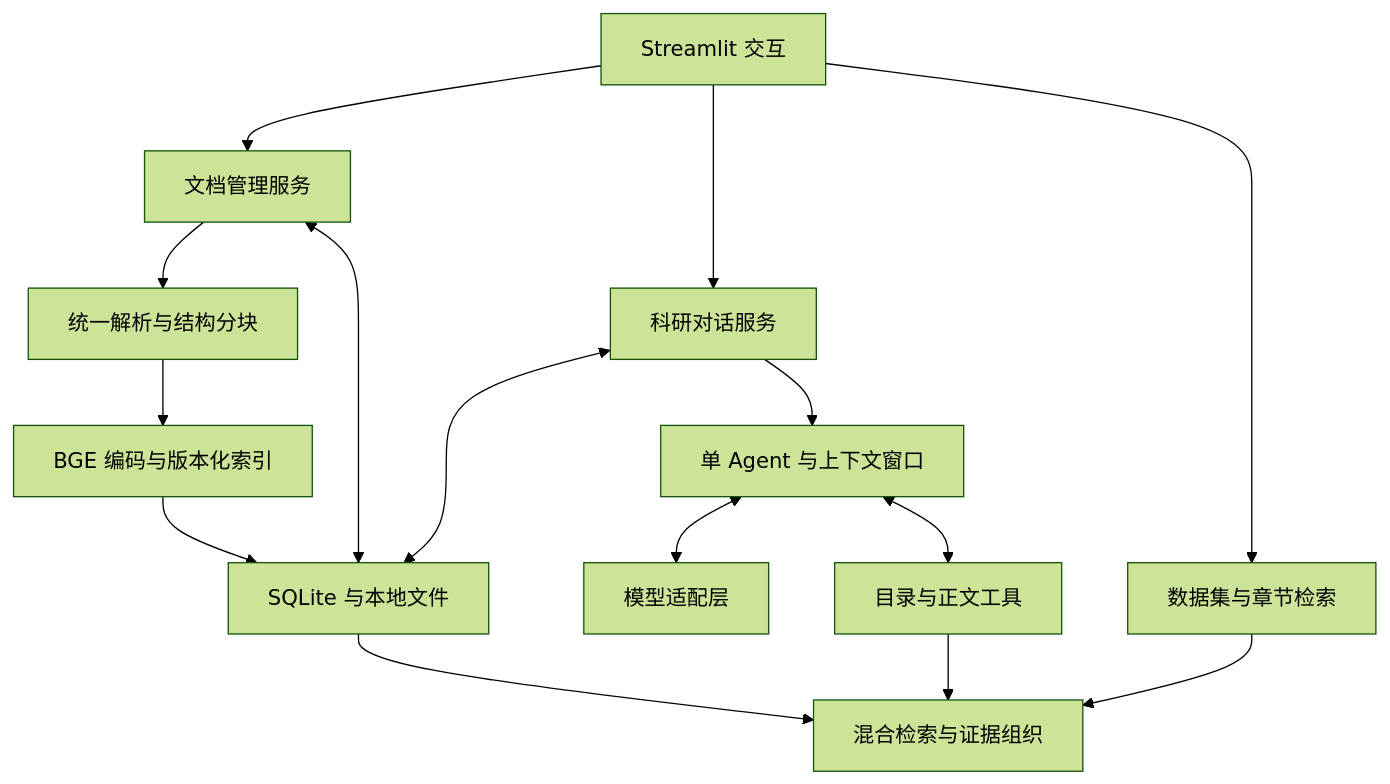
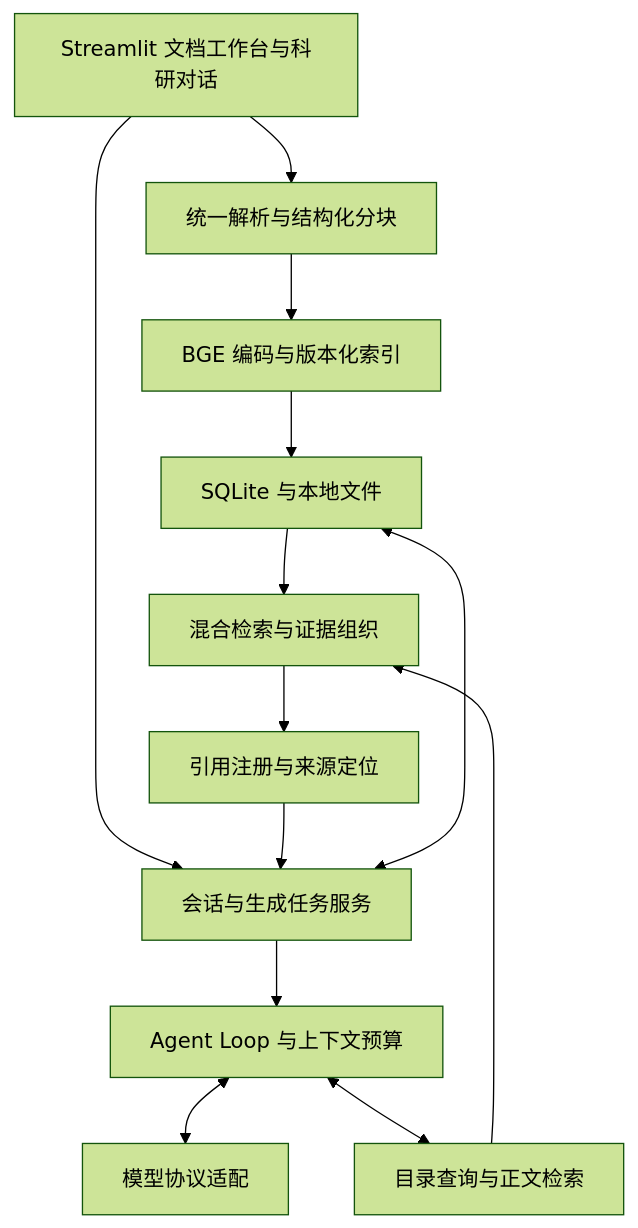
The diagram in README.md (cldw1/research-rag-agent), drawn with Mermaid (forest theme) before and after one commit. The commit also changed other lines of this file and 116 other files, not shown here.

````diff
--- a/README.md
+++ b/README.md
@@ -31,17 +30,15 @@
 ```mermaid
 flowchart TD
-    UI["Streamlit 交互"] --> DOC["文档管理服务"]
-    UI --> CHAT["科研对话服务"]
-    UI --> EXP["数据集与章节检索"]
-    DOC --> PARSE["统一解析与结构分块"]
-    PARSE --> EMB["BGE 编码与版本化索引"]
-    DOC <--> STORE["SQLite 与本地文件"]
-    EMB --> STORE
+    UI["Streamlit 文档工作台与科研对话"] --> INGEST["统一解析与结构化分块"]
+    UI --> CHAT["会话与生成任务服务"]
+    INGEST --> INDEX["BGE 编码与版本化索引"]
+    INDEX --> STORE["SQLite 与本地文件"]
     CHAT <--> STORE
-    CHAT --> AGENT["单 Agent 与上下文窗口"]
-    AGENT <--> LLM["模型适配层"]
-    AGENT <--> TOOLS["目录与正文工具"]
-    TOOLS --> RAG["混合检索与证据组织"]
-    EXP --> RAG
+    CHAT --> AGENT["Agent Loop 与上下文预算"]
+    AGENT <--> MODEL["模型协议适配"]
+    AGENT <--> TOOL["目录查询与正文检索"]
+    TOOL --> RAG["混合检索与证据组织"]
     STORE --> RAG
+    RAG --> CITE["引用注册与来源定位"]
+    CITE --> CHAT
 ```
````
